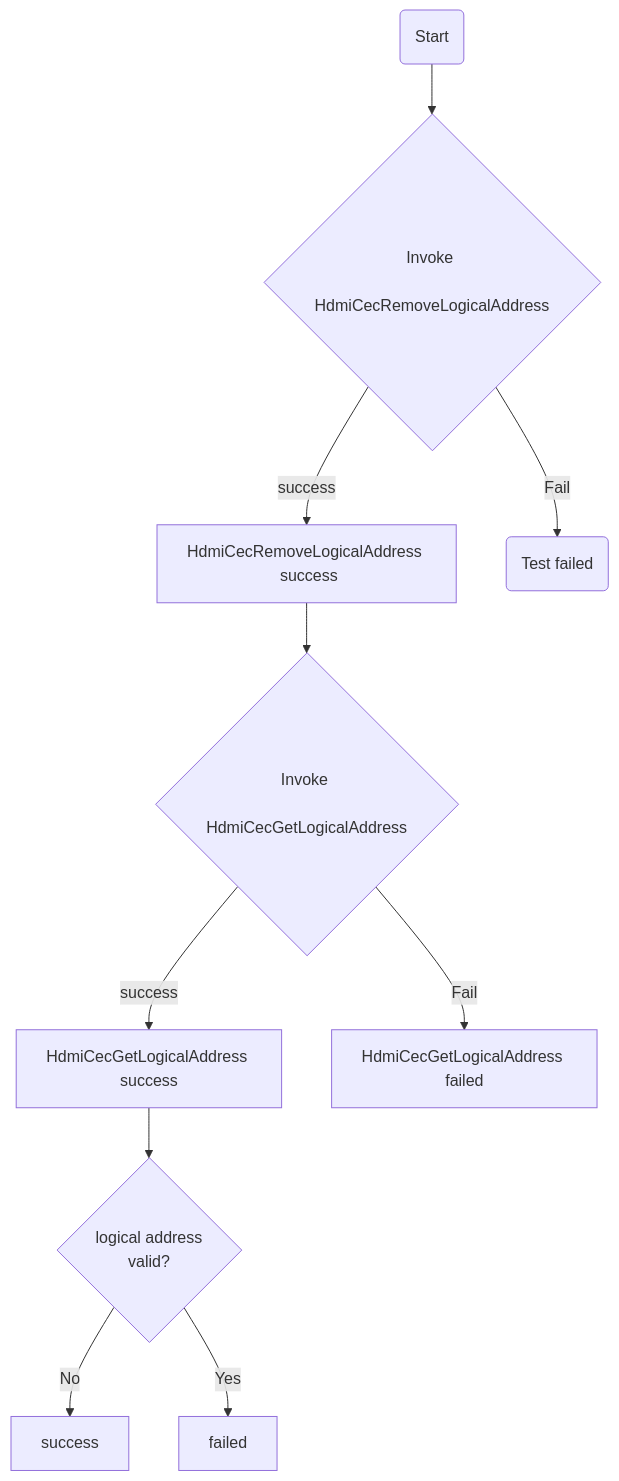
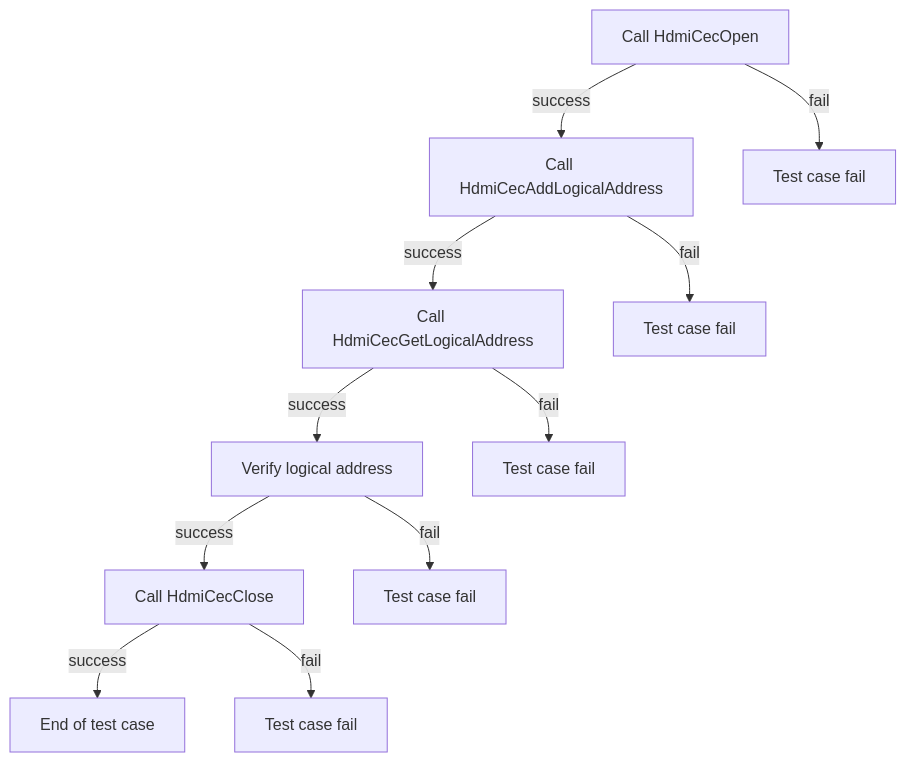
Before and after one commit to rdkcentral/rdk-halif-test-hdmi_cec: the first of 5 diagrams in docs/pages/l2_hdmi_cec_driver_test_specification.md, drawn with Mermaid. The commit also changed other lines of this file and 3 other files, not shown here.

First line of the commit message:
TDK-7908: L2 Tests for hdmi cec

````diff
--- a/docs/pages/l2_hdmi_cec_driver_test_specification.md
+++ b/docs/pages/l2_hdmi_cec_driver_test_specification.md
@@ -89,12 +27,13 @@
 ```mermaid
 graph TB
-    Start(Start) --> A{Invoke <br> HdmiCecRemoveLogicalAddress}
-    A --> |success| B[HdmiCecRemoveLogicalAddress <br> success]
-    A --> |Fail| H(Test failed)
-    B --> D{Invoke <br> HdmiCecGetLogicalAddress}
-    D -->|success| E[HdmiCecGetLogicalAddress success]
-    D --> |Fail| F[HdmiCecGetLogicalAddress failed]
-    E --> G{logical address <br> valid?} 
-    G --> |No| J[success]
-    G --> |Yes| I[failed]
+    A[Call HdmiCecOpen] -->|success| B[Call HdmiCecAddLogicalAddress]
+    A -->|fail| E[Test case fail]
+    B -->|success| C[Call HdmiCecGetLogicalAddress]
+    B -->|fail| F[Test case fail]
+    C -->|success| D[Verify logical address]
+    C -->|fail| G[Test case fail]
+    D -->|success| H[Call HdmiCecClose]
+    D -->|fail| I[Test case fail]
+    H -->|success| J[End of test case]
+    H -->|fail| K[Test case fail]
 ```
````
